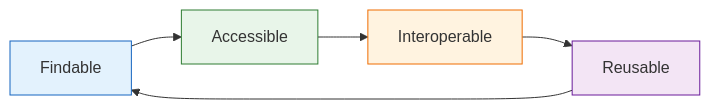
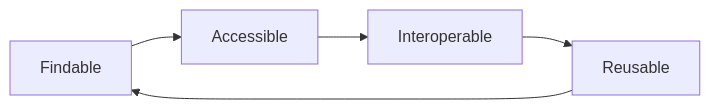
One commit to thomgiles/DSDSP changed the fourth of 4 diagrams in training_site/essential_digital_skills/episodes/04-research_data_managment.qmd. Above: the diagram before and after it, drawn with Mermaid. The commit also changed other lines of this file and 2 other files, not shown here.

````diff
--- a/training_site/essential_digital_skills/episodes/04-research_data_managment.qmd
+++ b/training_site/essential_digital_skills/episodes/04-research_data_managment.qmd
@@ -324,9 +277,4 @@
 ```{mermaid}
 flowchart LR
     A[Findable] --> B[Accessible] --> C[Interoperable] --> D[Reusable] --> A
-
-    style A fill:#E3F2FD,stroke:#1565C0,stroke-width:1px
-    style B fill:#E8F5E9,stroke:#2E7D32,stroke-width:1px
-    style C fill:#FFF3E0,stroke:#EF6C00,stroke-width:1px
-    style D fill:#F3E5F5,stroke:#6A1B9A,stroke-width:1px
 ```
````
